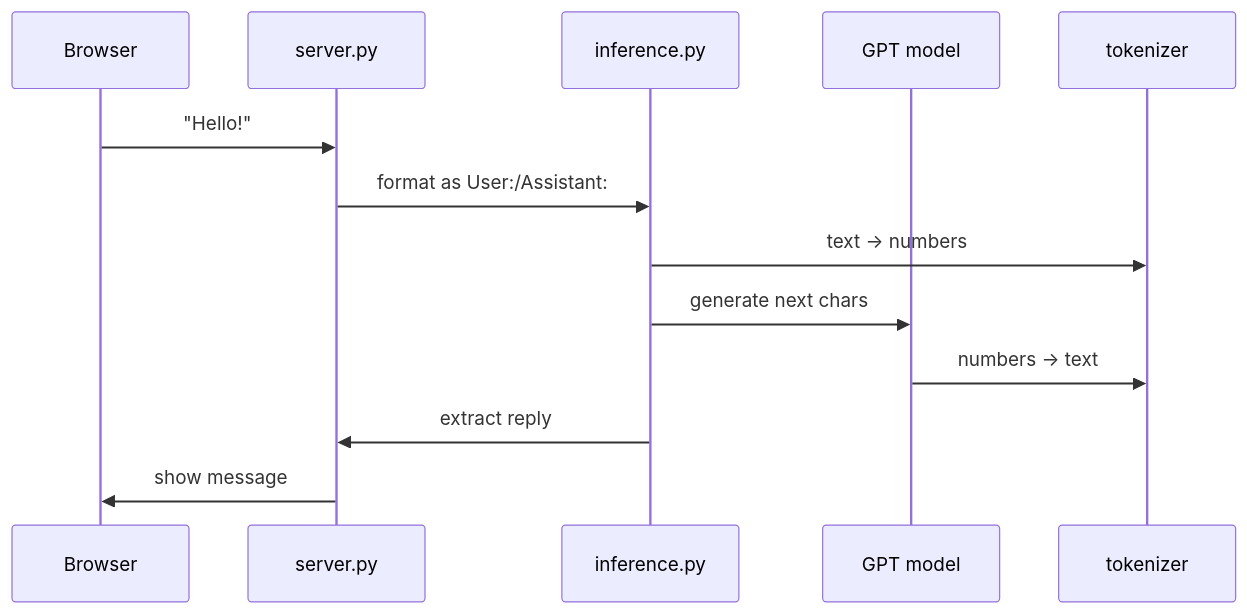
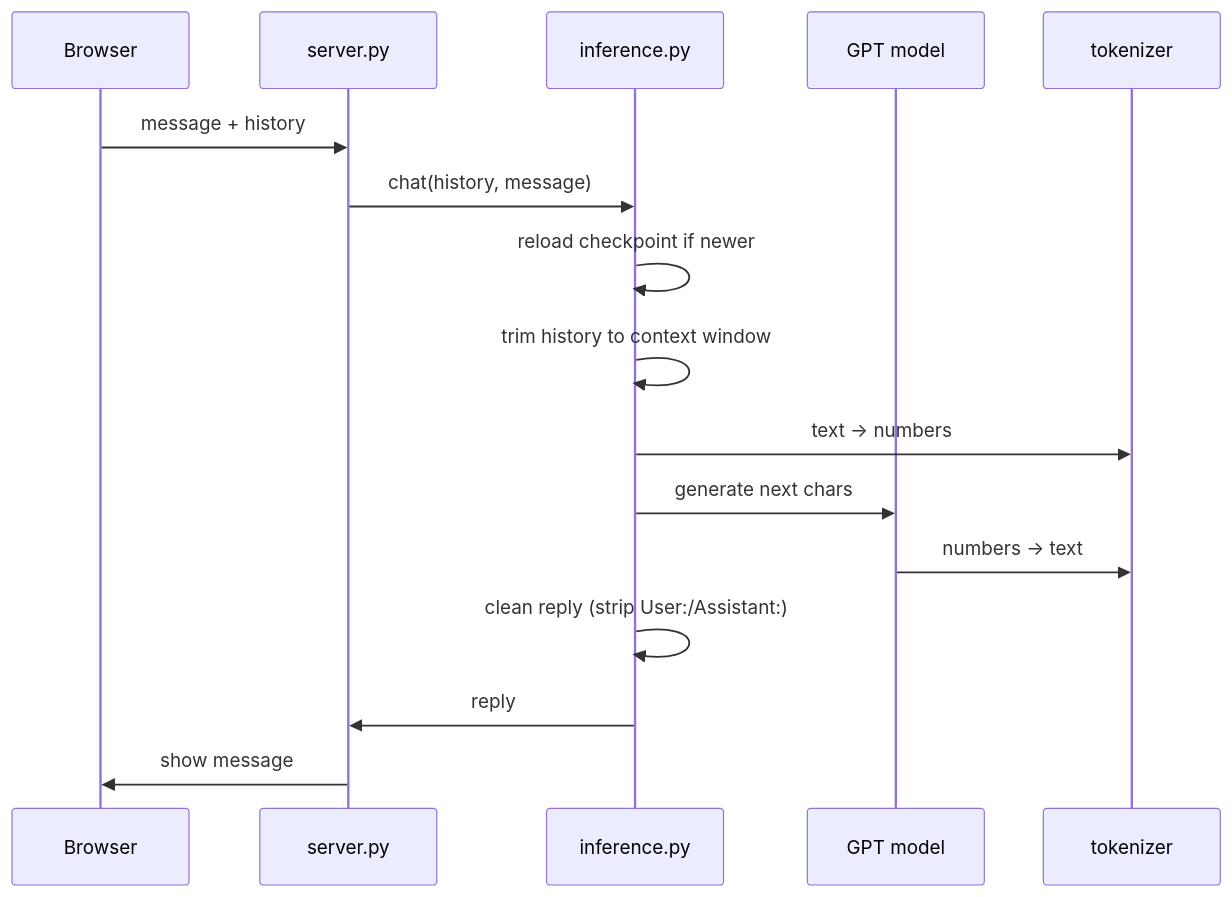
One commit to sbf-developer/llm-model-py changed the third of 6 diagrams in ARCHITECTURE.md. Above: the diagram before and after it, drawn with Mermaid. The commit also changed other lines of this file and 11 other files, not shown here.

First line of the commit message:
Add web API training corpora and plain prose for better chat quality.

````diff
--- a/ARCHITECTURE.md
+++ b/ARCHITECTURE.md
@@ -129,16 +132,19 @@
 ```mermaid
 sequenceDiagram
     participant You as Browser
     participant API as server.py
     participant Inf as inference.py
     participant Model as GPT model
     participant Tok as tokenizer
 
-    You->>API: "Hello!"
-    API->>Inf: format as User:/Assistant:
+    You->>API: message + history
+    API->>Inf: chat(history, message)
+    Inf->>Inf: reload checkpoint if newer
+    Inf->>Inf: trim history to context window
     Inf->>Tok: text → numbers
     Inf->>Model: generate next chars
     Model->>Tok: numbers → text
-    Inf->>API: extract reply
+    Inf->>Inf: clean reply (strip User:/Assistant:)
+    Inf->>API: reply
     API->>You: show message
 ```
````
